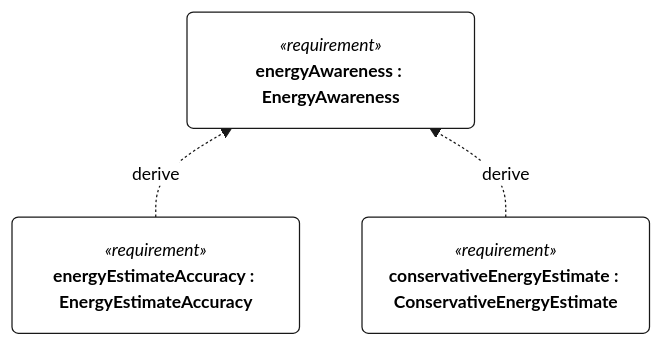
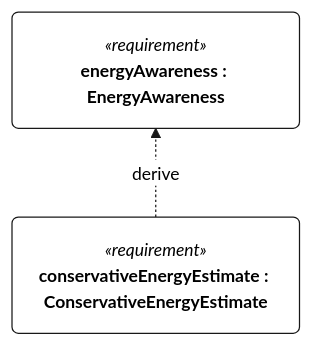
The second of 2 diagrams in docs/figures/requirements-e-001.md (DavidIngraham/sv-blue-dog), drawn with Mermaid before and after one commit. The commit also changed other lines of this file and 130 other files, not shown here.

````diff
--- a/docs/figures/requirements-e-001.md
+++ b/docs/figures/requirements-e-001.md
@@ -69,39 +67,35 @@
 ```mermaid
 ---
 config:
   fontFamily: "Helvetica, Arial, sans-serif"
   theme: base
   themeCSS: ".edgeLabel rect { opacity: 1 !important; } .cluster-label .nodeLabel { text-align: center; }"
   themeVariables:
     fontFamily: "Helvetica, Arial, sans-serif"
     fontSize: "14px"
     primaryColor: "#FFFFFF"
     secondaryColor: "#FFFFFF"
     tertiaryColor: "#FFFFFF"
     background: "#FFFFFF"
     primaryBorderColor: "#181818"
     primaryTextColor: "#000000"
     lineColor: "#181818"
     textColor: "#000000"
     noteBkgColor: "#FEFFDD"
     noteBorderColor: "#181818"
     noteTextColor: "#000000"
     clusterBkg: "#FFFFFF"
     clusterBorder: "#181818"
     edgeLabelBackground: "#FFFFFF"
 ---
 %% BlueDogViews::energyAwareness2 — requirement rendering (view def GeneralView, filter @RequirementUsage)
-%% not represented: 117 node(s) without a position, left undrawn, and 140 edge(s) at them
+%% not represented: 12 node(s) without a position, left undrawn, and 20 edge(s) at them
 %% layout: n0 x=0 y=0
 %% layout: n1 x=0 y=200
-%% layout: n2 x=300 y=200
 flowchart BT
   n0("`*«requirement»*
 **energyAwareness : EnergyAwareness**`")
   n1("`*«requirement»*
-**energyEstimateAccuracy : EnergyEstimateAccuracy**`")
-  n2("`*«requirement»*
 **conservativeEnergyEstimate : ConservativeEnergyEstimate**`")
   n1 -.->|"derive"| n0
-  n2 -.->|"derive"| n0
 ```
````
